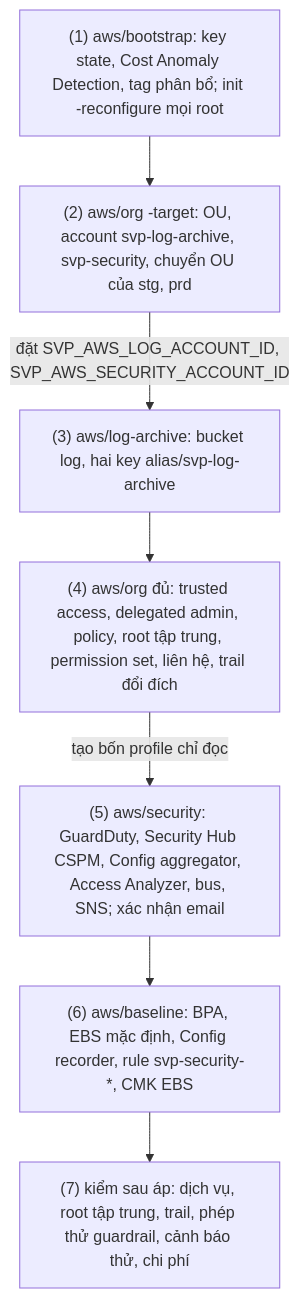
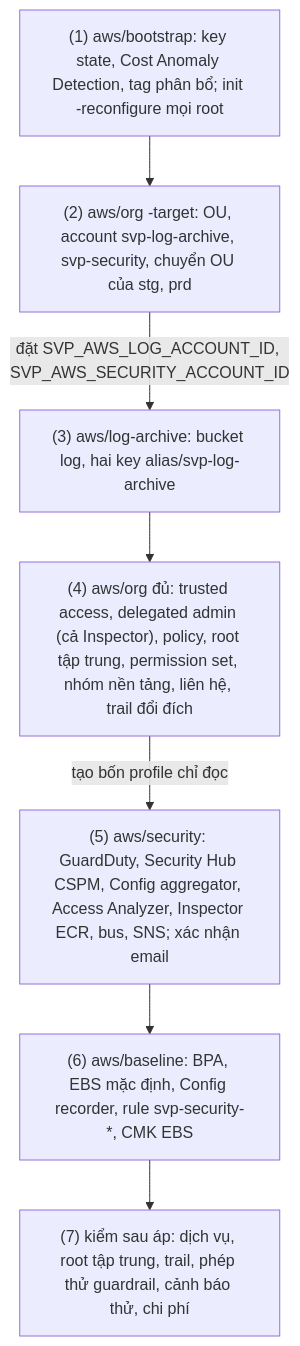
The diagram in docs/runbooks/org-security-setup.md (anhnvcoder/svp-infra), drawn with Mermaid before and after one commit. The commit also changed other lines of this file and 99 other files, not shown here.

First line of the commit message:
feat: managed platform on AWS with ECR, AMP, Grafana and VPC endpoints (#39)

````diff
--- a/docs/runbooks/org-security-setup.md
+++ b/docs/runbooks/org-security-setup.md
@@ -16,10 +17,10 @@
 ```mermaid
 flowchart TD
   B1["(1) aws/bootstrap: key state, Cost Anomaly Detection, tag phân bổ; init -reconfigure mọi root"] --> B2
   B2["(2) aws/org -target: OU, account svp-log-archive, svp-security, chuyển OU của stg, prd"] -->|đặt SVP_AWS_LOG_ACCOUNT_ID, SVP_AWS_SECURITY_ACCOUNT_ID| B3
   B3["(3) aws/log-archive: bucket log, hai key alias/svp-log-archive"] --> B4
-  B4["(4) aws/org đủ: trusted access, delegated admin, policy, root tập trung, permission set, liên hệ, trail đổi đích"] -->|tạo bốn profile chỉ đọc| B5
-  B5["(5) aws/security: GuardDuty, Security Hub CSPM, Config aggregator, Access Analyzer, bus, SNS; xác nhận email"] --> B6
+  B4["(4) aws/org đủ: trusted access, delegated admin (cả Inspector), policy, root tập trung, permission set, nhóm nền tảng, liên hệ, trail đổi đích"] -->|tạo bốn profile chỉ đọc| B5
+  B5["(5) aws/security: GuardDuty, Security Hub CSPM, Config aggregator, Access Analyzer, Inspector ECR, bus, SNS; xác nhận email"] --> B6
   B6["(6) aws/baseline: BPA, EBS mặc định, Config recorder, rule svp-security-*, CMK EBS"] --> B7
   B7["(7) kiểm sau áp: dịch vụ, root tập trung, trail, phép thử guardrail, cảnh báo thử, chi phí"]
 ```
````
